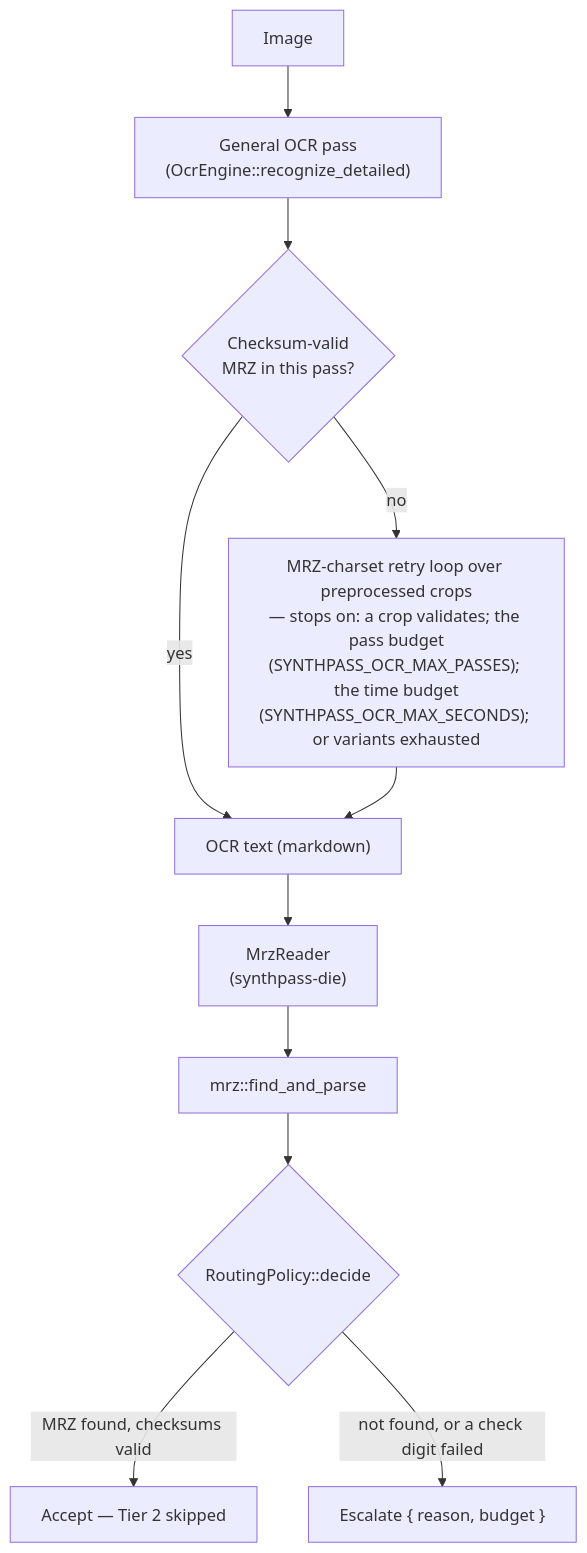
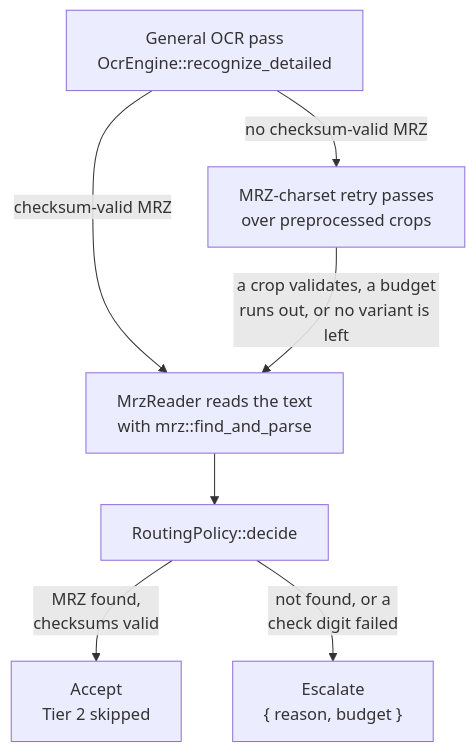
The second of 3 diagrams in knowledge/architecture/pipeline.md (ruledicaprio/SynthPass), drawn with Mermaid before and after one commit. The commit also changed other lines of this file and 1 other file, not shown here.

First line of the commit message:
docs(architecture): render the four diagrams at one scale

````diff
--- a/knowledge/architecture/pipeline.md
+++ b/knowledge/architecture/pipeline.md
@@ -54,10 +54,10 @@
 ```mermaid
 flowchart TD
-    IMG["Image"] --> GEN["General OCR pass<br/>(OcrEngine::recognize_detailed)"] --> CHK{"Checksum-valid<br/>MRZ in this pass?"}
-    CHK -- "yes" --> TEXT["OCR text (markdown)"]
-    CHK -- "no" --> RETRY["MRZ-charset retry loop over preprocessed crops<br/>— stops on: a crop validates; the pass budget<br/>(SYNTHPASS_OCR_MAX_PASSES); the time budget<br/>(SYNTHPASS_OCR_MAX_SECONDS); or variants exhausted"]
-    RETRY --> TEXT
-    TEXT --> READER["MrzReader<br/>(synthpass-die)"] --> PARSE["mrz::find_and_parse"] --> DECIDE{"RoutingPolicy::decide"}
-    DECIDE -- "MRZ found, checksums valid" --> ACCEPT["Accept — Tier 2 skipped"]
-    DECIDE -- "not found, or a check digit failed" --> ESCALATE["Escalate { reason, budget }"]
+    GEN["General OCR pass<br/>OcrEngine::recognize_detailed"]
+    GEN -- "no checksum-valid MRZ" --> RETRY["MRZ-charset retry passes<br/>over preprocessed crops"]
+    GEN -- "checksum-valid MRZ" --> READ
+    RETRY -- "a crop validates, a budget<br/>runs out, or no variant is left" --> READ["MrzReader reads the text<br/>with mrz::find_and_parse"]
+    READ --> DECIDE["RoutingPolicy::decide"]
+    DECIDE -- "MRZ found,<br/>checksums valid" --> ACCEPT["Accept<br/>Tier 2 skipped"]
+    DECIDE -- "not found, or a<br/>check digit failed" --> ESC["Escalate<br/>{ reason, budget }"]
 ```
````
